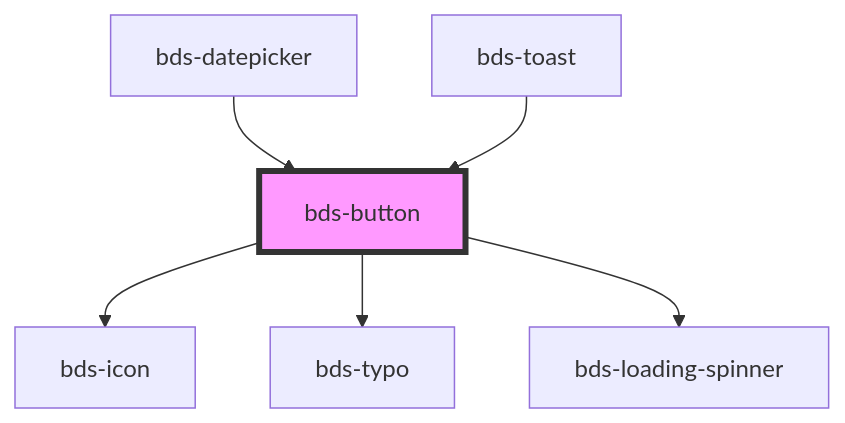
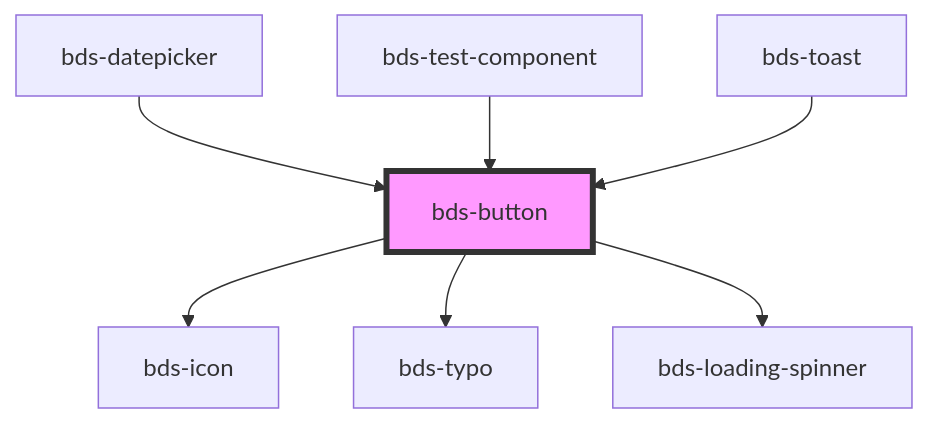
Before and after one commit to takenet/blip-ds: the diagram in src/components/button/readme.md, drawn with Mermaid. The commit also changed other lines of this file and 73 other files, not shown here.

````diff
--- a/src/components/button/readme.md
+++ b/src/components/button/readme.md
@@ -53,9 +54,10 @@
 ```mermaid
 graph TD;
   bds-button --> bds-icon
   bds-button --> bds-typo
   bds-button --> bds-loading-spinner
   bds-datepicker --> bds-button
+  bds-test-component --> bds-button
   bds-toast --> bds-button
   style bds-button fill:#f9f,stroke:#333,stroke-width:4px
 ```
````
